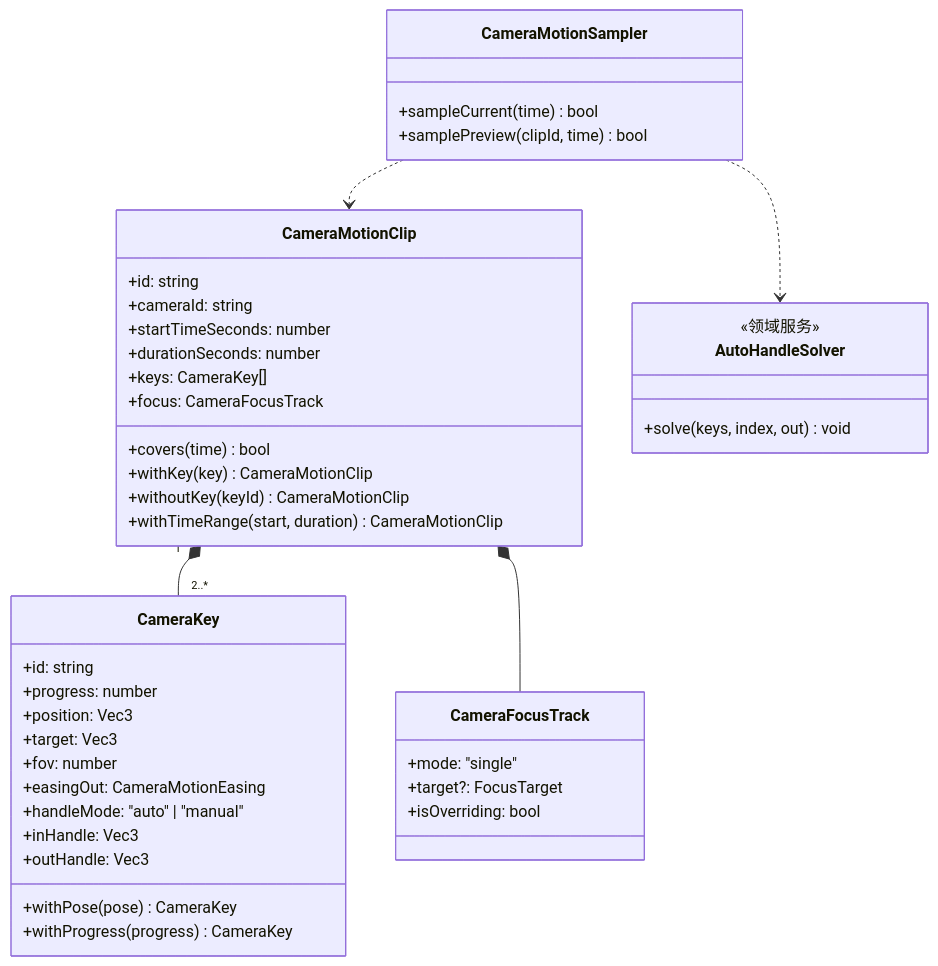
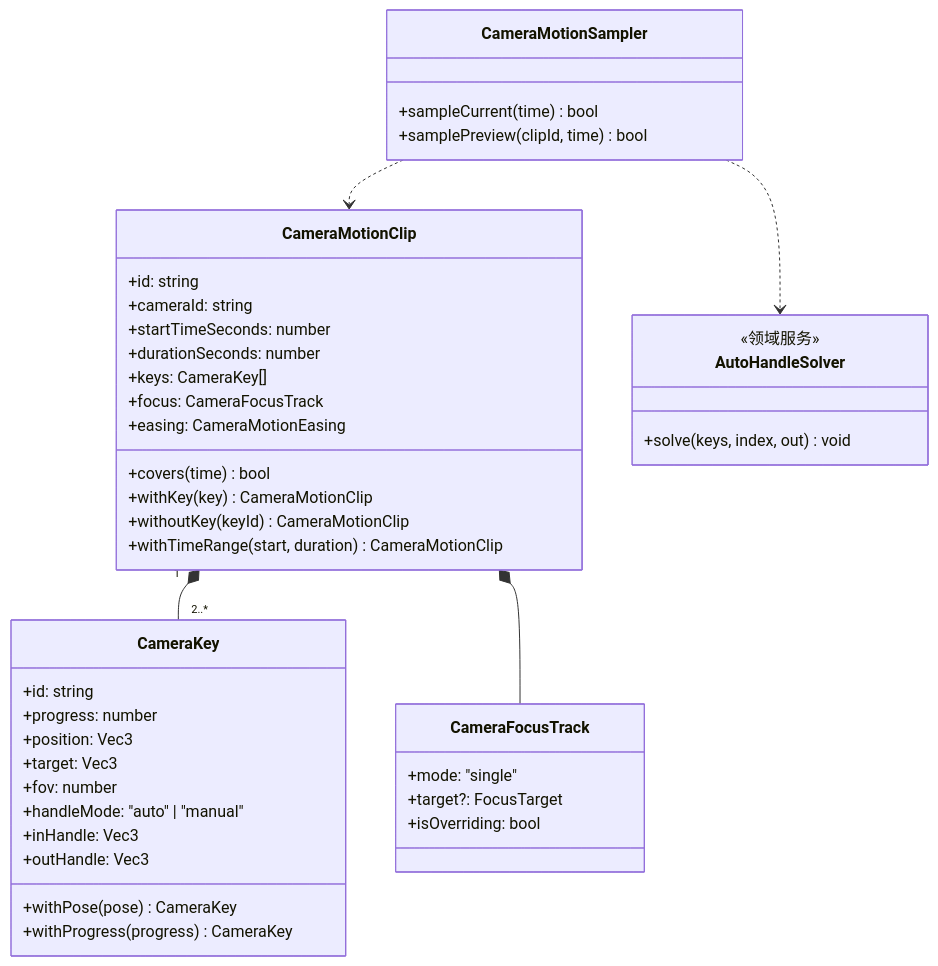
Before and after one commit to amwyygyuge/3d-director-desk: the second of 6 diagrams in docs/camera-motion-authoring.md, drawn with Mermaid. The commit also changed other lines of this file and 12 other files, not shown here.

````diff
--- a/docs/camera-motion-authoring.md
+++ b/docs/camera-motion-authoring.md
@@ -134,45 +134,45 @@
 ```mermaid
 classDiagram
     class CameraMotionClip {
         +id: string
         +cameraId: string
         +startTimeSeconds: number
         +durationSeconds: number
         +keys: CameraKey[]
         +focus: CameraFocusTrack
+        +easing: CameraMotionEasing
         +covers(time) bool
         +withKey(key) CameraMotionClip
         +withoutKey(keyId) CameraMotionClip
         +withTimeRange(start, duration) CameraMotionClip
     }
     class CameraKey {
         +id: string
         +progress: number
         +position: Vec3
         +target: Vec3
         +fov: number
-        +easingOut: CameraMotionEasing
         +handleMode: "auto" | "manual"
         +inHandle: Vec3
         +outHandle: Vec3
         +withPose(pose) CameraKey
         +withProgress(progress) CameraKey
     }
     class CameraFocusTrack {
         +mode: "single"
         +target?: FocusTarget
         +isOverriding: bool
     }
     class CameraMotionSampler {
         +sampleCurrent(time) bool
         +samplePreview(clipId, time) bool
     }
     class AutoHandleSolver {
         <<领域服务>>
         +solve(keys, index, out) void
     }
     CameraMotionClip "1" *-- "2..*" CameraKey
     CameraMotionClip *-- CameraFocusTrack
     CameraMotionSampler ..> AutoHandleSolver
     CameraMotionSampler ..> CameraMotionClip
 ```
````
